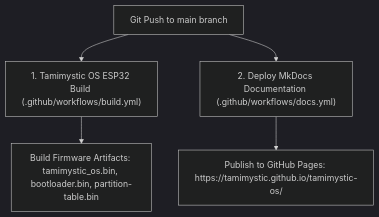
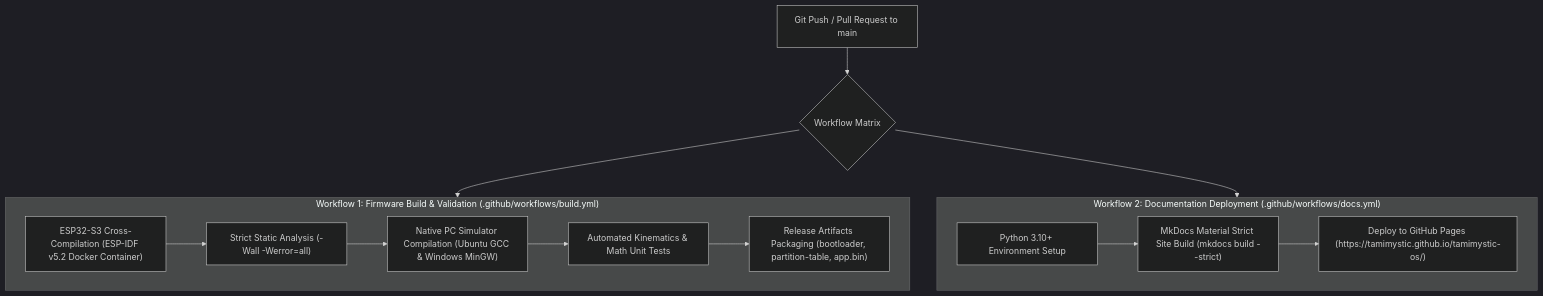
One commit to tamimystic/tamimystic-os changed the diagram in docs/development/cicd.md. Above: the diagram before and after it, drawn with Mermaid (dark theme). The commit also changed other lines of this file and 23 other files, not shown here.

Commit message:
Expand comprehensive technical documentation across all subsystems to ultra-detailed specification

````diff
--- a/docs/development/cicd.md
+++ b/docs/development/cicd.md
@@ -9,8 +9,29 @@
 ```mermaid
 graph TD
-    PUSH["Git Push to main branch"] --> WF1["1. Tamimystic OS ESP32 Build (.github/workflows/build.yml)"]
-    PUSH --> WF2["2. Deploy MkDocs Documentation (.github/workflows/docs.yml)"]
+    Push["Git Push / Pull Request to main"] --> MatrixSplit{"Workflow Matrix"}
     
-    WF1 --> ART["Build Firmware Artifacts: tamimystic_os.bin, bootloader.bin, partition-table.bin"]
-    WF2 --> PAGES["Publish to GitHub Pages: https://tamimystic.github.io/tamimystic-os/"]
+    subgraph BuildWorkflow["Workflow 1: Firmware Build & Validation (.github/workflows/build.yml)"]
+        ESPBuild["ESP32-S3 Cross-Compilation (ESP-IDF v5.2 Docker Container)"]
+        StrictFlags["Strict Static Analysis (-Wall -Werror=all)"]
+        NativeSim["Native PC Simulator Compilation (Ubuntu GCC & Windows MinGW)"]
+        UnitTests["Automated Kinematics & Math Unit Tests"]
+        Artifacts["Release Artifacts Packaging (bootloader, partition-table, app.bin)"]
+    end
+
+    subgraph DocsWorkflow["Workflow 2: Documentation Deployment (.github/workflows/docs.yml)"]
+        PythonEnv["Python 3.10+ Environment Setup"]
+        MkDocsBuild["MkDocs Material Strict Site Build (mkdocs build --strict)"]
+        GitHubPages["Deploy to GitHub Pages (https://tamimystic.github.io/tamimystic-os/)"]
+    end
+
+    MatrixSplit --> BuildWorkflow
+    MatrixSplit --> DocsWorkflow
+
+    ESPBuild --> StrictFlags
+    StrictFlags --> NativeSim
+    NativeSim --> UnitTests
+    UnitTests --> Artifacts
+
+    PythonEnv --> MkDocsBuild
+    MkDocsBuild --> GitHubPages
 ```
````
